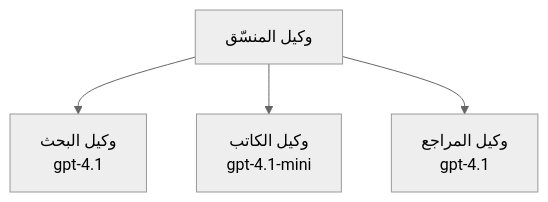
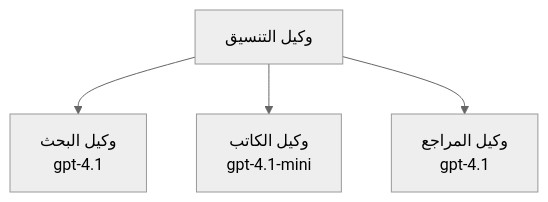
Before and after one commit to microsoft/AZD-for-beginners: the third of 3 diagrams in translations/ar/docs/chapter-02-ai-development/agents.md, drawn with Mermaid (neutral theme). The commit also changed other lines of this file and 59 other files, not shown here.

````diff
--- a/translations/ar/docs/chapter-02-ai-development/agents.md
+++ b/translations/ar/docs/chapter-02-ai-development/agents.md
@@ -201,6 +201,6 @@
 ```mermaid
 graph TD
-    Orchestrator[وكيل المنسّق] --> Research[وكيل البحث<br/>gpt-4.1]
+    Orchestrator[وكيل التنسيق] --> Research[وكيل البحث<br/>gpt-4.1]
     Orchestrator --> Writer[وكيل الكاتب<br/>gpt-4.1-mini]
     Orchestrator --> Reviewer[وكيل المراجع<br/>gpt-4.1]
 ```
````
